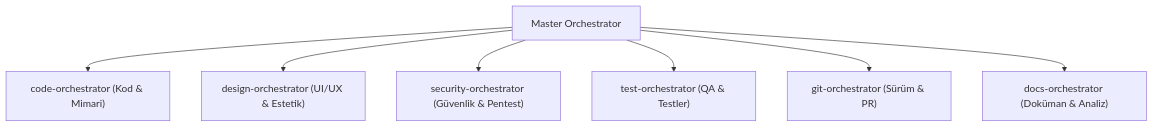
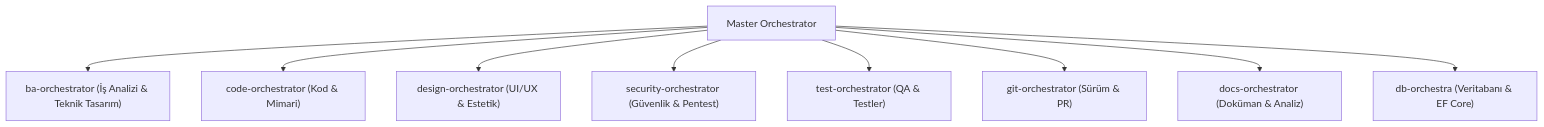
One commit to GktuOktay/ai-skills changed the diagram in AGENTS.md. Above: the diagram before and after it, drawn with Mermaid. The commit also changed other lines of this file and 10 other files, not shown here.

````diff
--- a/AGENTS.md
+++ b/AGENTS.md
@@ -84,9 +84,11 @@
 ```mermaid
 graph TD
-    MO["Master Orchestrator"] --> CO["code-orchestrator (Kod & Mimari)"]
+    MO["Master Orchestrator"] --> BAO["ba-orchestrator (İş Analizi & Teknik Tasarım)"]
+    MO --> CO["code-orchestrator (Kod & Mimari)"]
     MO --> DO["design-orchestrator (UI/UX & Estetik)"]
     MO --> SO["security-orchestrator (Güvenlik & Pentest)"]
     MO --> TO["test-orchestrator (QA & Testler)"]
     MO --> GO["git-orchestrator (Sürüm & PR)"]
     MO --> DocO["docs-orchestrator (Doküman & Analiz)"]
+    MO --> DBO["db-orchestra (Veritabanı & EF Core)"]
 ```
````
